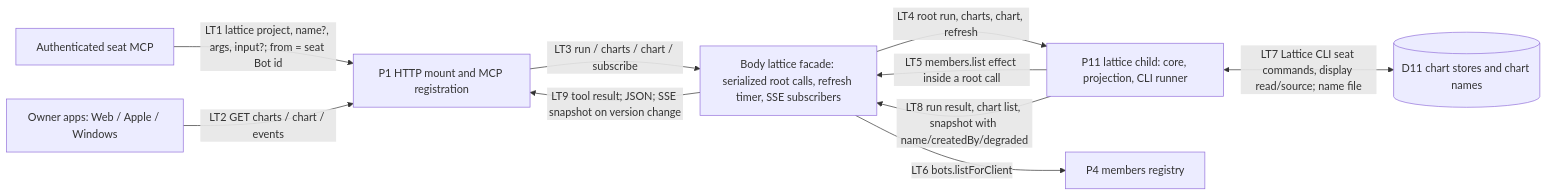
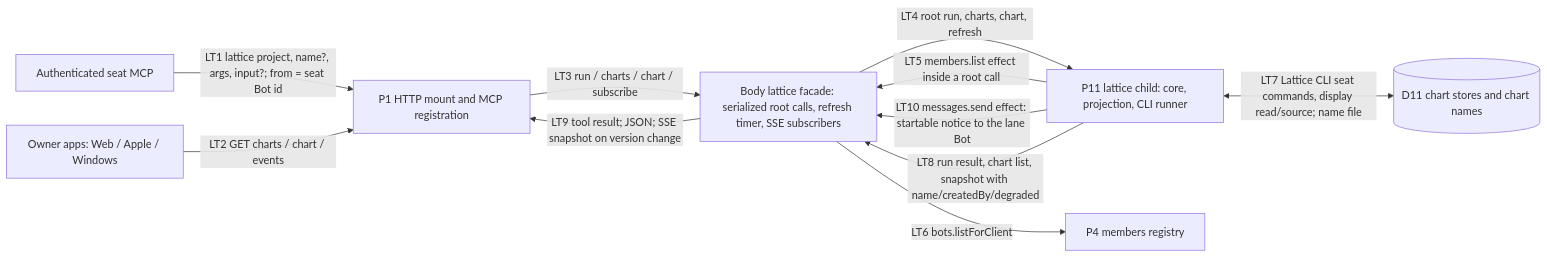
The third of 6 diagrams in docs/architecture/data-flow.md (kitepon/BellTeam), drawn with Mermaid before and after one commit. The commit also changed other lines of this file and 11 other files, not shown here.

First line of the commit message:
lattice: deliver startable notices to lane Bots (a18)

````diff
--- a/docs/architecture/data-flow.md
+++ b/docs/architecture/data-flow.md
@@ -114,19 +114,20 @@
 ```mermaid
 flowchart LR
   Seat[Authenticated seat MCP]
   Apps[Owner apps: Web / Apple / Windows]
   P1[P1 HTTP mount and MCP registration]
   F[Body lattice facade: serialized root calls, refresh timer, SSE subscribers]
   C[P11 lattice child: core, projection, CLI runner]
   P4[P4 members registry]
   D11[(D11 chart stores and chart names)]
   Seat -->|LT1 lattice project, name?, args, input?; from = seat Bot id| P1
   Apps -->|LT2 GET charts / chart / events| P1
   P1 -->|LT3 run / charts / chart / subscribe| F
   F -->|LT4 root run, charts, chart, refresh| C
   C -->|LT5 members.list effect inside a root call| F
+  C -->|LT10 messages.send effect: startable notice to the lane Bot| F
   F -->|LT6 bots.listForClient| P4
   C <-->|LT7 Lattice CLI seat commands, display read/source; name file| D11
   C -->|LT8 run result, chart list, snapshot with name/createdBy/degraded| F
   F -->|LT9 tool result; JSON; SSE snapshot on version change| P1
 ```
````
